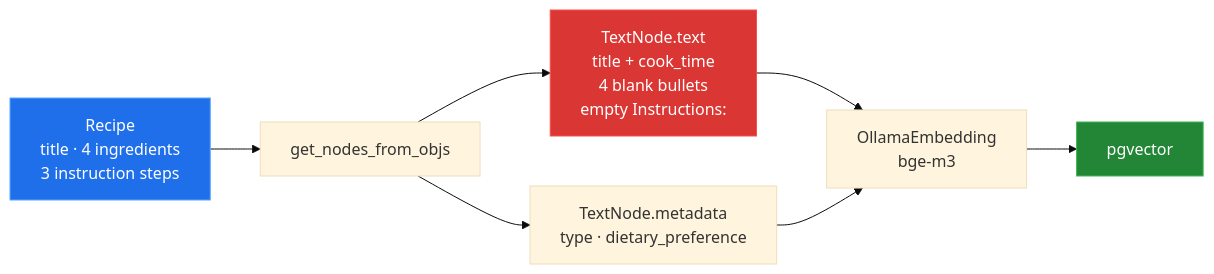
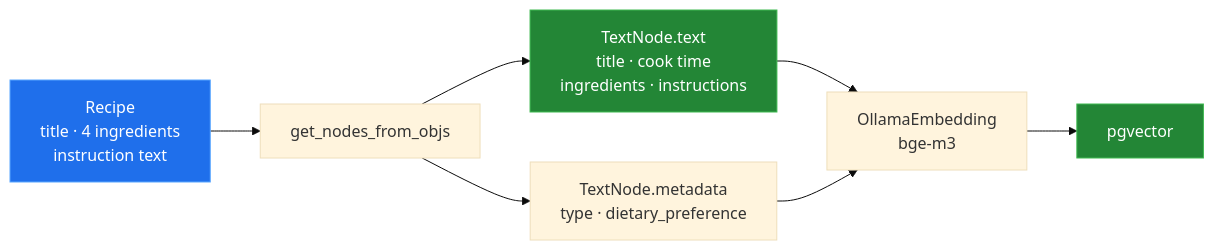
One commit to Bissbert/cookingRAG changed the second of 2 diagrams in docs/03-indexing.md. Above: the diagram before and after it, drawn with Mermaid (base theme). The commit also changed other lines of this file and 11 other files, not shown here.

````diff
--- a/docs/03-indexing.md
+++ b/docs/03-indexing.md
@@ -78,13 +57,13 @@
 ```mermaid
 flowchart LR
-    R["Recipe<br/>title · 4 ingredients<br/>3 instruction steps"] --> G["get_nodes_from_objs"]
-    G --> T["TextNode.text<br/>title + cook_time<br/>4 blank bullets<br/>empty Instructions:"]
+    R["Recipe<br/>title · 4 ingredients<br/>instruction text"] --> G["get_nodes_from_objs"]
+    G --> T["TextNode.text<br/>title · cook time<br/>ingredients · instructions"]
     G --> M["TextNode.metadata<br/>type · dietary_preference"]
     T --> E["OllamaEmbedding<br/>bge-m3"]
     M --> E
     E --> S["pgvector"]
 
     style R fill:#1f6feb,stroke:#58a6ff,color:#fff
-    style T fill:#da3633,stroke:#f85149,color:#fff
+    style T fill:#238636,stroke:#3fb950,color:#fff
     style S fill:#238636,stroke:#3fb950,color:#fff
 ```
````
